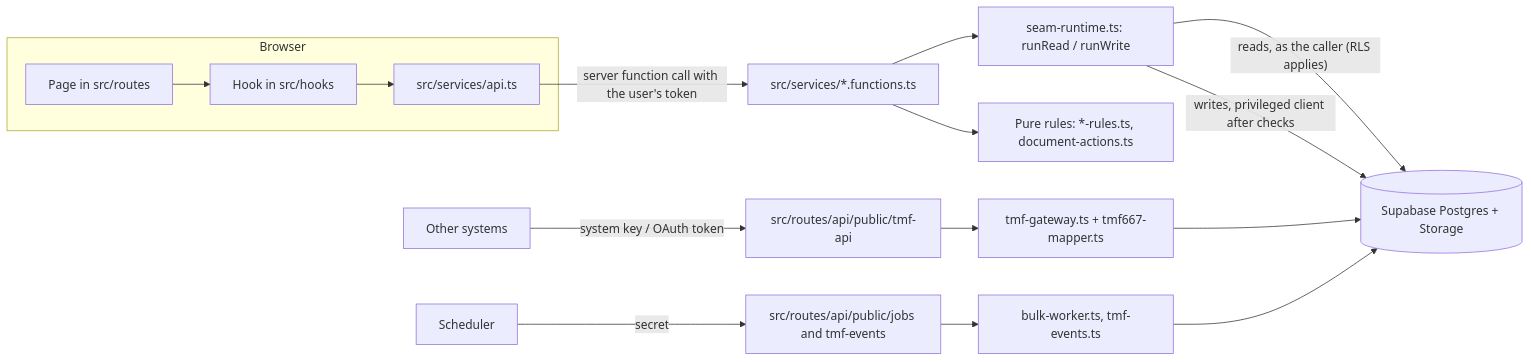
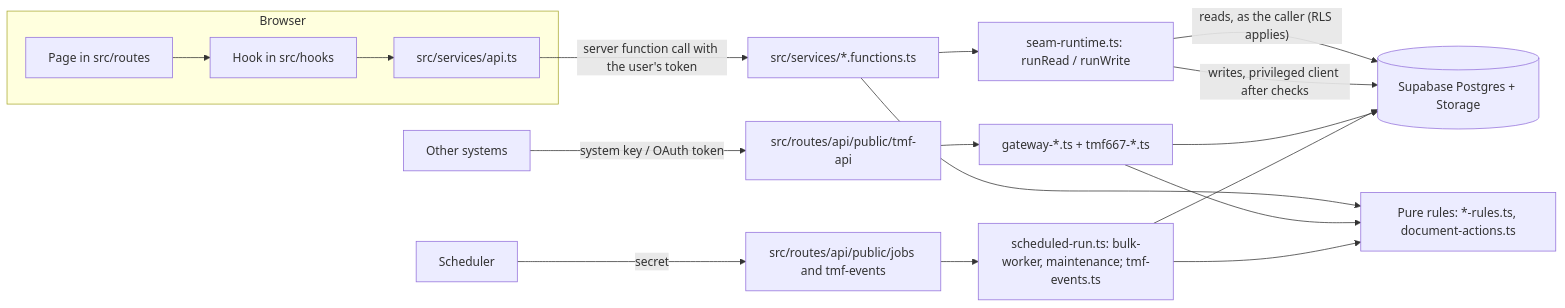
One commit to tatianafagundes/telco-docs-compass changed the second of 7 diagrams in docs/architecture/ARCHITECTURE.md. Above: the diagram before and after it, drawn with Mermaid. The commit also changed other lines of this file and 11 other files, not shown here.

Commit message:
docs: general documentation for newcomers: README with doc map, architecture (context, flows, lifecycle, access, data model), code organisation, development recipes, deployment

````diff
--- a/docs/architecture/ARCHITECTURE.md
+++ b/docs/architecture/ARCHITECTURE.md
@@ -7,18 +42,20 @@
 ```mermaid
 flowchart LR
   subgraph Browser
     P[Page in src/routes] --> H[Hook in src/hooks]
     H --> A[src/services/api.ts]
   end
   A -- "server function call with the user's token" --> F[src/services/*.functions.ts]
   F --> RT[seam-runtime.ts: runRead / runWrite]
   F --> R[Pure rules: *-rules.ts, document-actions.ts]
   RT -- "reads, as the caller (RLS applies)" --> DB[(Supabase Postgres + Storage)]
   RT -- "writes, privileged client after checks" --> DB
   S[Other systems] -- "system key / OAuth token" --> T[src/routes/api/public/tmf-api]
-  T --> G[tmf-gateway.ts + tmf667-mapper.ts]
+  T --> G[gateway-*.ts + tmf667-*.ts]
+  G --> R
   G --> DB
   C[Scheduler] -- "secret" --> J[src/routes/api/public/jobs and tmf-events]
-  J --> W[bulk-worker.ts, tmf-events.ts]
+  J --> W[scheduled-run.ts: bulk-worker, maintenance; tmf-events.ts]
+  W --> R
   W --> DB
 ```
````
